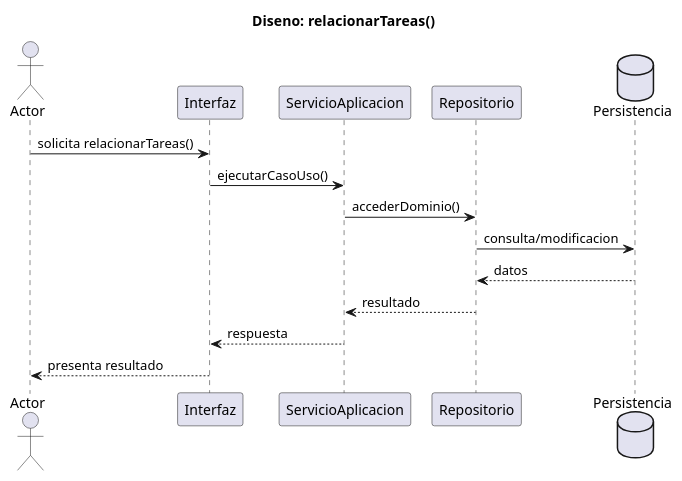
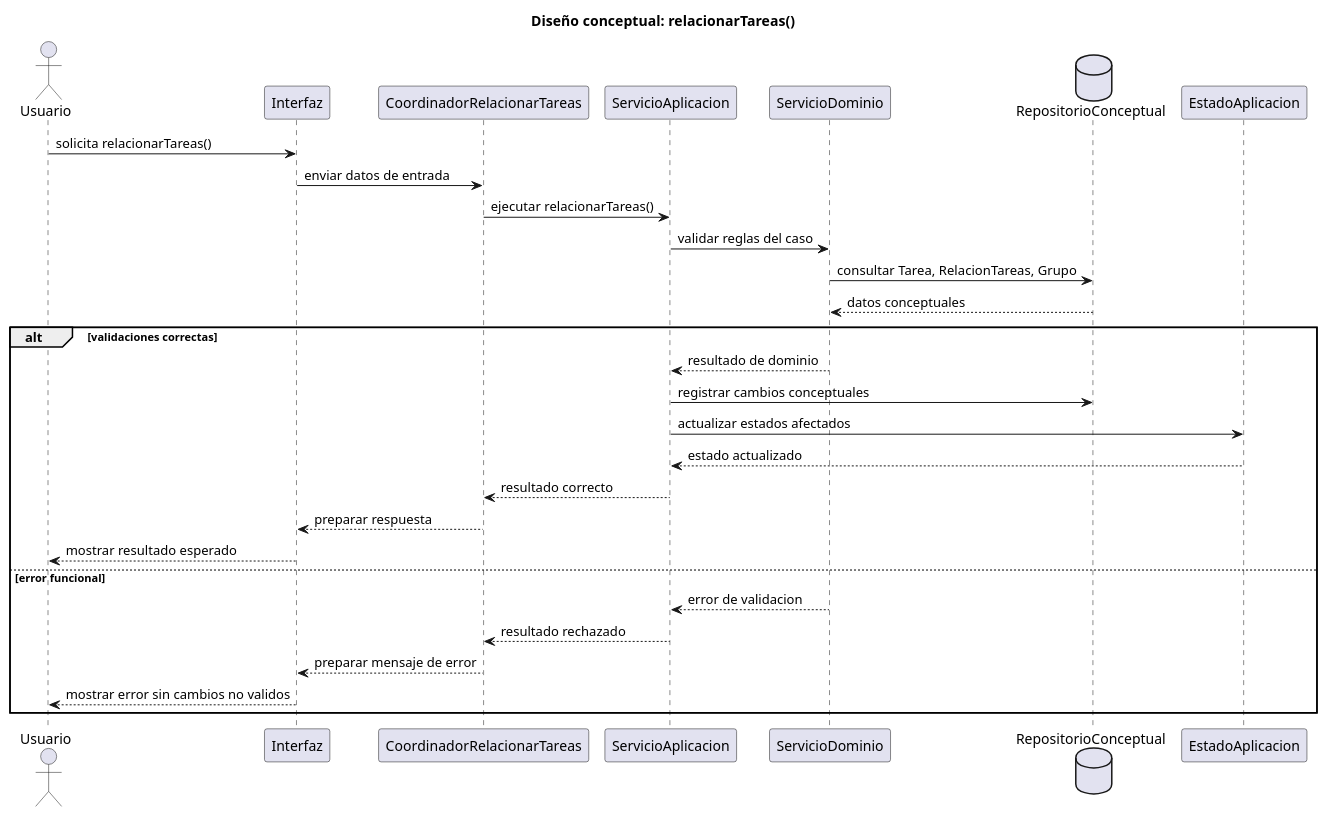
The diagram in documents/RUP/02-diseño/casos-uso/gestion-tareas/relacionarTareas/secuencia.puml (inigovaqueroo04/25-26-idsw2-sdVC), drawn with PlantUML before and after one commit. The commit also changed 55 other files, not shown here.

Commit message:
docs: completar diseño RUP conceptual

```diff
--- a/documents/RUP/02-diseño/casos-uso/gestion-tareas/relacionarTareas/secuencia.puml
+++ b/documents/RUP/02-diseño/casos-uso/gestion-tareas/relacionarTareas/secuencia.puml
@@ -1,19 +1,34 @@
 @startuml relacionarTareas-diseno-secuencia
-actor "Actor" as Actor
-participant "Interfaz" as UI
-participant "ServicioAplicacion" as Servicio
-participant "Repositorio" as Repositorio
-database "Persistencia" as BD
+title Diseño conceptual: relacionarTareas()
 
-title Diseno: relacionarTareas()
+actor "Usuario" as Usuario
+participant "Interfaz" as Interfaz
+participant "CoordinadorRelacionarTareas" as Coordinador
+participant "ServicioAplicacion" as ServicioAplicacion
+participant "ServicioDominio" as ServicioDominio
+database "RepositorioConceptual" as Repositorio
+participant "EstadoAplicacion" as EstadoAplicacion
 
-Actor -> UI : solicita relacionarTareas()
-UI -> Servicio : ejecutarCasoUso()
-Servicio -> Repositorio : accederDominio()
-Repositorio -> BD : consulta/modificacion
-BD --> Repositorio : datos
-Repositorio --> Servicio : resultado
-Servicio --> UI : respuesta
-UI --> Actor : presenta resultado
+Usuario -> Interfaz : solicita relacionarTareas()
+Interfaz -> Coordinador : enviar datos de entrada
+Coordinador -> ServicioAplicacion : ejecutar relacionarTareas()
+ServicioAplicacion -> ServicioDominio : validar reglas del caso
+ServicioDominio -> Repositorio : consultar Tarea, RelacionTareas, Grupo
+Repositorio --> ServicioDominio : datos conceptuales
+
+alt validaciones correctas
+  ServicioDominio --> ServicioAplicacion : resultado de dominio
+  ServicioAplicacion -> Repositorio : registrar cambios conceptuales
+  ServicioAplicacion -> EstadoAplicacion : actualizar estados afectados
+  EstadoAplicacion --> ServicioAplicacion : estado actualizado
+  ServicioAplicacion --> Coordinador : resultado correcto
+  Coordinador --> Interfaz : preparar respuesta
+  Interfaz --> Usuario : mostrar resultado esperado
+else error funcional
+  ServicioDominio --> ServicioAplicacion : error de validacion
+  ServicioAplicacion --> Coordinador : resultado rechazado
+  Coordinador --> Interfaz : preparar mensaje de error
+  Interfaz --> Usuario : mostrar error sin cambios no validos
+end
 
 @enduml
```
